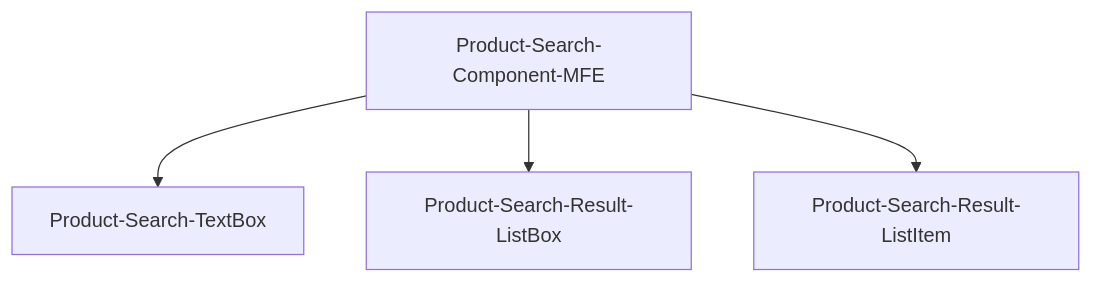
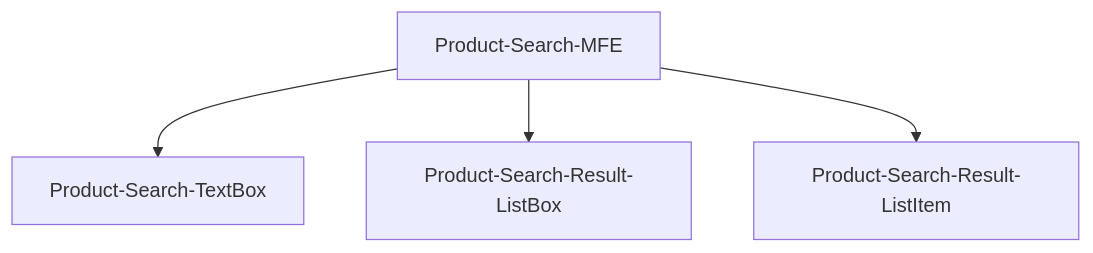
The fifth of 5 diagrams in tech/architecture/micro-front-end/micro-front-end.md (jakehova/knowledgedump), drawn with Mermaid before and after one commit. The commit also changed other lines of this file, not shown here.

````diff
--- a/tech/architecture/micro-front-end/micro-front-end.md
+++ b/tech/architecture/micro-front-end/micro-front-end.md
@@ -52,6 +53,6 @@
 ```mermaid
     graph TD;
-        Product-Search-Component-MFE-->Product-Search-TextBox;
-        Product-Search-Component-MFE-->Product-Search-Result-ListBox;
-        Product-Search-Component-MFE-->Product-Search-Result-ListItem;
+        Product-Search-MFE-->Product-Search-TextBox;
+        Product-Search-MFE-->Product-Search-Result-ListBox;
+        Product-Search-MFE-->Product-Search-Result-ListItem;
 ```
````
